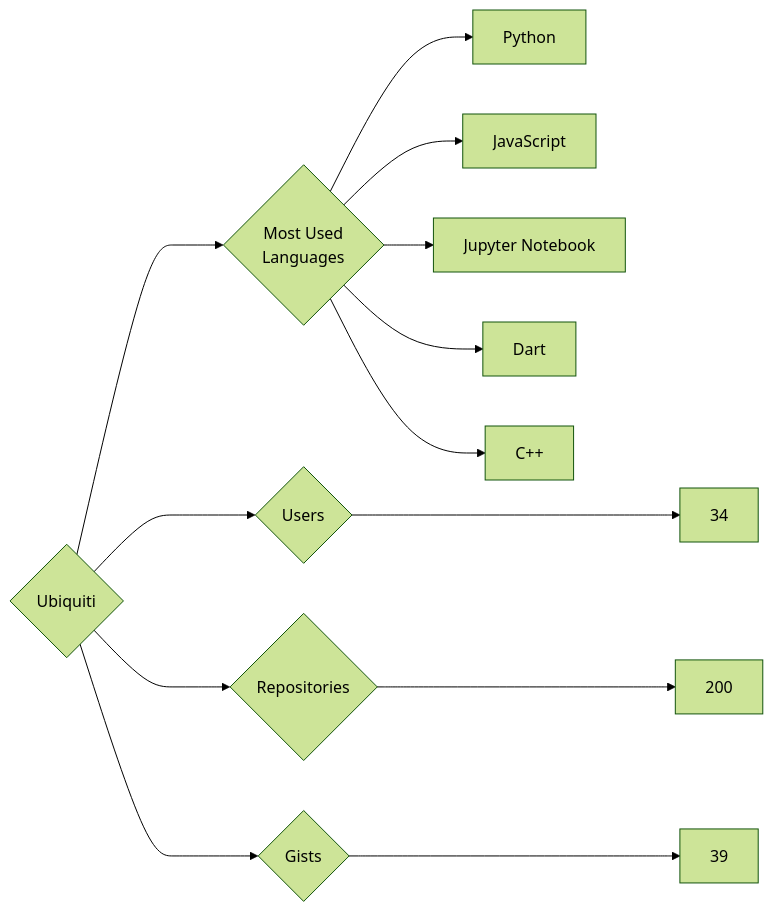
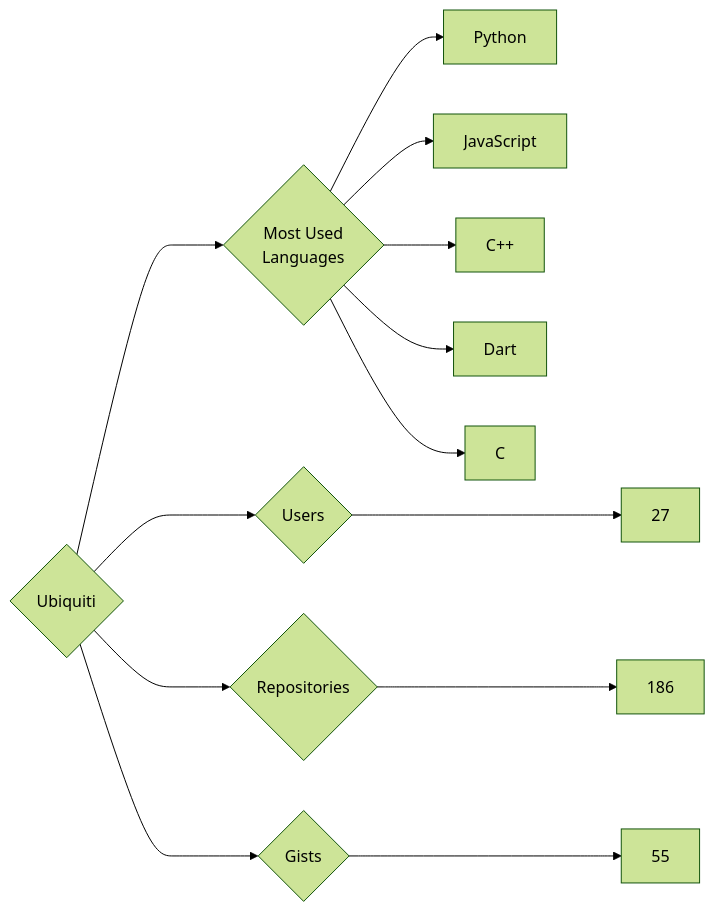
Before and after one commit to trickest/insiders: the diagram in targets/Ubiquiti/README.md, drawn with Mermaid (forest theme). The commit also changed 860 other files, not shown here.

````diff
--- a/targets/Ubiquiti/README.md
+++ b/targets/Ubiquiti/README.md
@@ -3,13 +3,13 @@
 ```mermaid
 graph LR
 COMPANY_NAME{Ubiquiti}
-COMPANY_NAME ---> U{Users} ---> UN[34]
-COMPANY_NAME ---> R{Repositories} ---> RN[200]
-COMPANY_NAME ---> G{Gists} ---> GN[39]
+COMPANY_NAME ---> U{Users} ---> UN[27]
+COMPANY_NAME ---> R{Repositories} ---> RN[186]
+COMPANY_NAME ---> G{Gists} ---> GN[55]
 COMPANY_NAME ---> ML{Most Used<br>Languages}
 ML --> Python[Python]
 ML --> JavaScript[JavaScript]
-ML --> Jupyter_Notebook[Jupyter Notebook]
+ML --> C++[C++]
 ML --> Dart[Dart]
-ML --> C++[C++]
+ML --> C[C]
 ```
````
